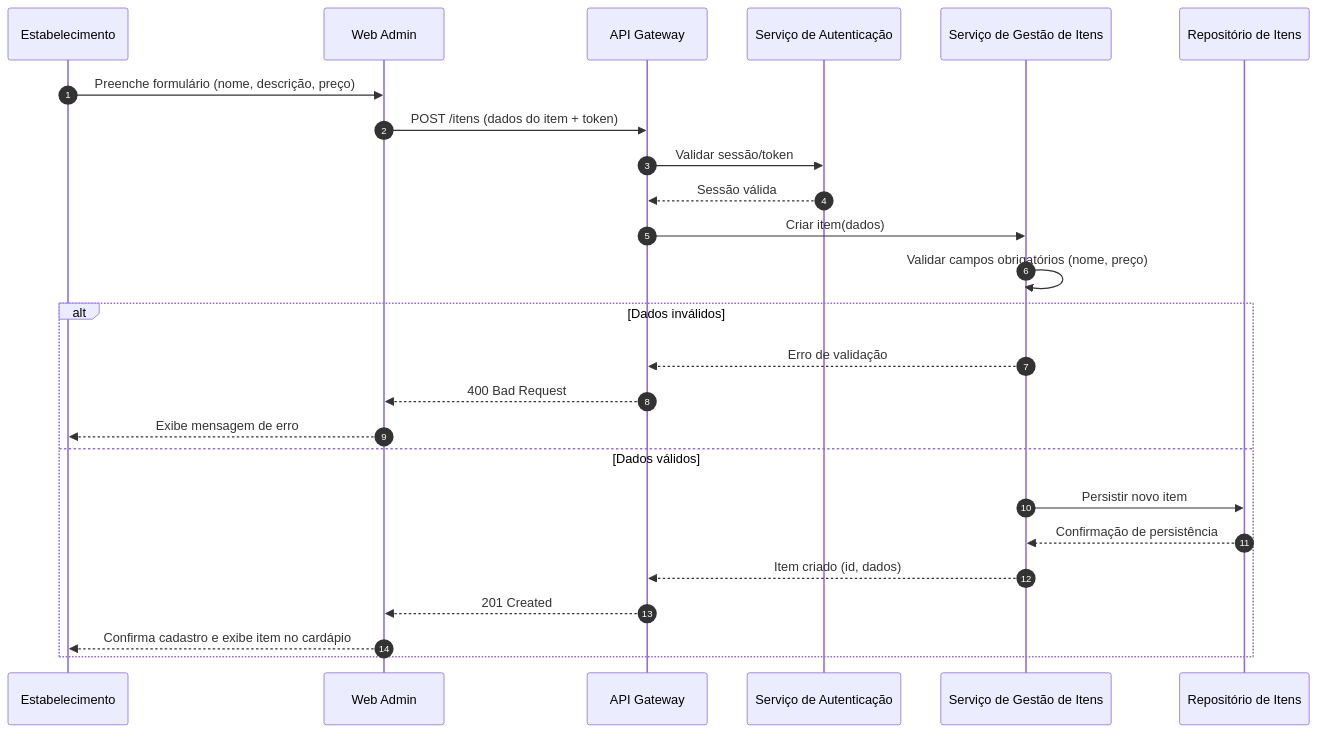
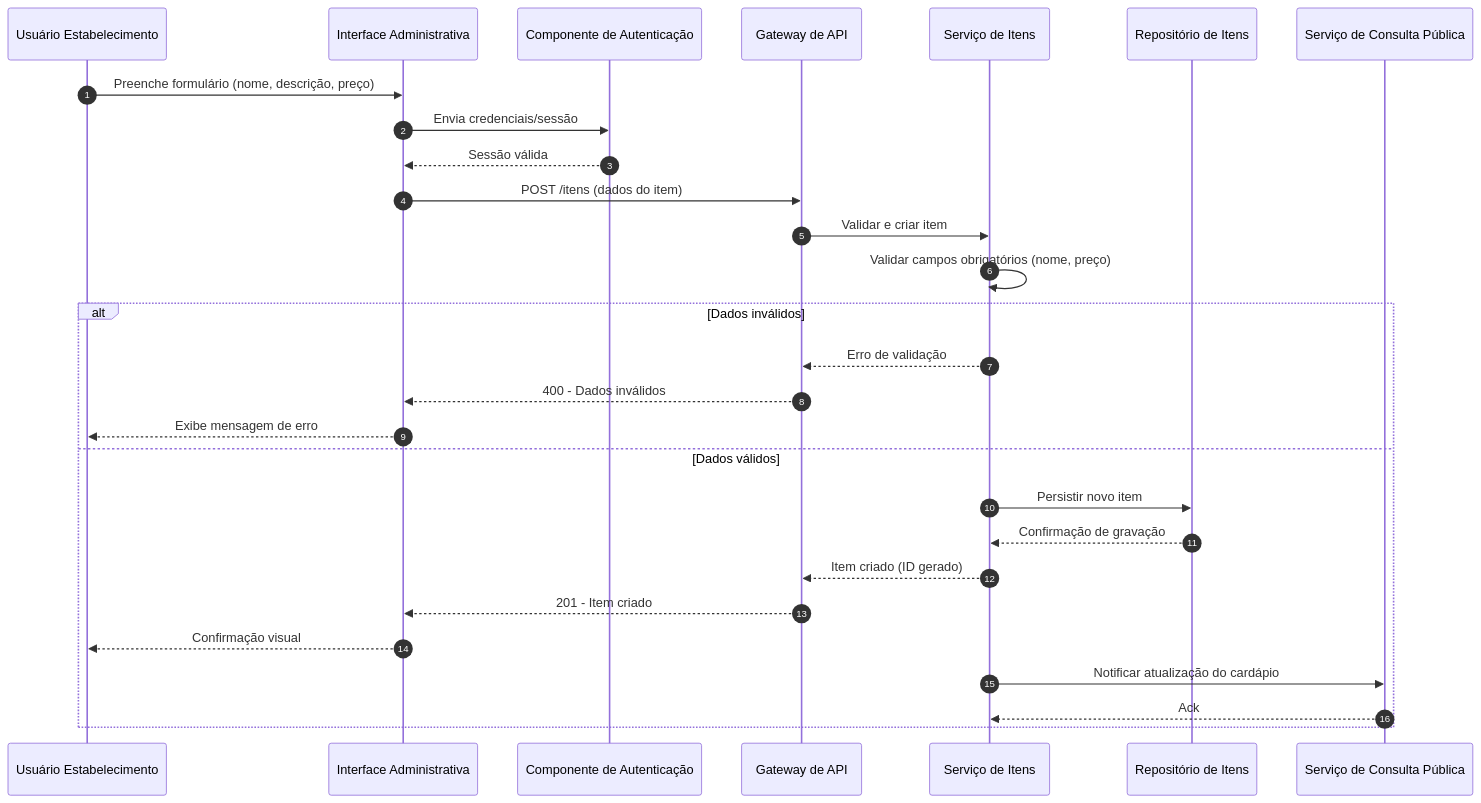
The second of 3 diagrams in docs/Time_2_Design/analise-qualitativa/outputs/relatorio_claude_sonnet_5_P01.md (PDC-ESIA/AI4ES), drawn with Mermaid before and after one commit. The commit also changed other lines of this file and 107 other files, not shown here.

````diff
--- a/docs/Time_2_Design/analise-qualitativa/outputs/relatorio_claude_sonnet_5_P01.md
+++ b/docs/Time_2_Design/analise-qualitativa/outputs/relatorio_claude_sonnet_5_P01.md
@@ -61,28 +62,31 @@
 ```mermaid
 sequenceDiagram
     autonumber
-    participant EST as Estabelecimento
-    participant WA as Web Admin
-    participant GW as API Gateway
-    participant AUTH as Serviço de Autenticação
-    participant ITEM as Serviço de Gestão de Itens
-    participant REPO as Repositório de Itens
+    participant Admin as Usuário Estabelecimento
+    participant UIAdmin as Interface Administrativa
+    participant Auth as Componente de Autenticação
+    participant GatewayAPI as Gateway de API
+    participant ItemService as Serviço de Itens
+    participant RepoItens as Repositório de Itens
+    participant CardapioPublico as Serviço de Consulta Pública
 
-    EST->>WA: Preenche formulário (nome, descrição, preço)
-    WA->>GW: POST /itens (dados do item + token)
-    GW->>AUTH: Validar sessão/token
-    AUTH-->>GW: Sessão válida
-    GW->>ITEM: Criar item(dados)
-    ITEM->>ITEM: Validar campos obrigatórios (nome, preço)
+    Admin->>UIAdmin: Preenche formulário (nome, descrição, preço)
+    UIAdmin->>Auth: Envia credenciais/sessão
+    Auth-->>UIAdmin: Sessão válida
+    UIAdmin->>GatewayAPI: POST /itens (dados do item)
+    GatewayAPI->>ItemService: Validar e criar item
+    ItemService->>ItemService: Validar campos obrigatórios (nome, preço)
     alt Dados inválidos
-        ITEM-->>GW: Erro de validação
-        GW-->>WA: 400 Bad Request
-        WA-->>EST: Exibe mensagem de erro
+        ItemService-->>GatewayAPI: Erro de validação
+        GatewayAPI-->>UIAdmin: 400 - Dados inválidos
+        UIAdmin-->>Admin: Exibe mensagem de erro
     else Dados válidos
-        ITEM->>REPO: Persistir novo item
-        REPO-->>ITEM: Confirmação de persistência
-        ITEM-->>GW: Item criado (id, dados)
-        GW-->>WA: 201 Created
-        WA-->>EST: Confirma cadastro e exibe item no cardápio
+        ItemService->>RepoItens: Persistir novo item
+        RepoItens-->>ItemService: Confirmação de gravação
+        ItemService-->>GatewayAPI: Item criado (ID gerado)
+        GatewayAPI-->>UIAdmin: 201 - Item criado
+        UIAdmin-->>Admin: Confirmação visual
+        ItemService->>CardapioPublico: Notificar atualização do cardápio
+        CardapioPublico-->>ItemService: Ack
     end
 ```
````
